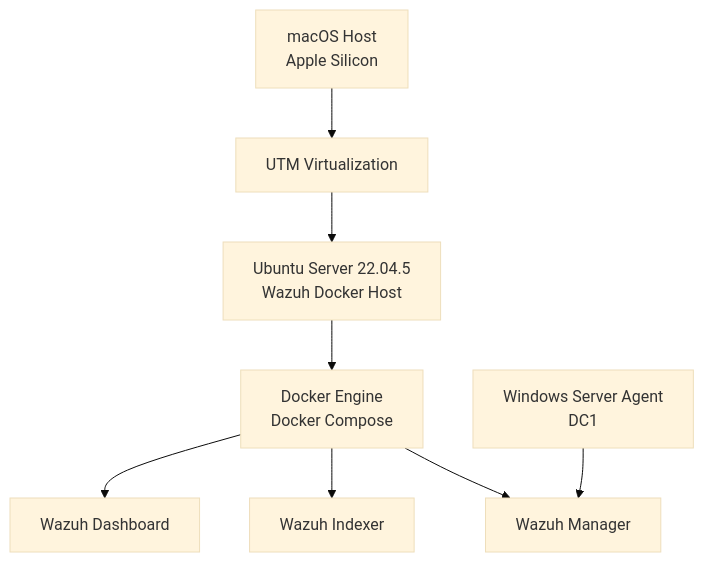
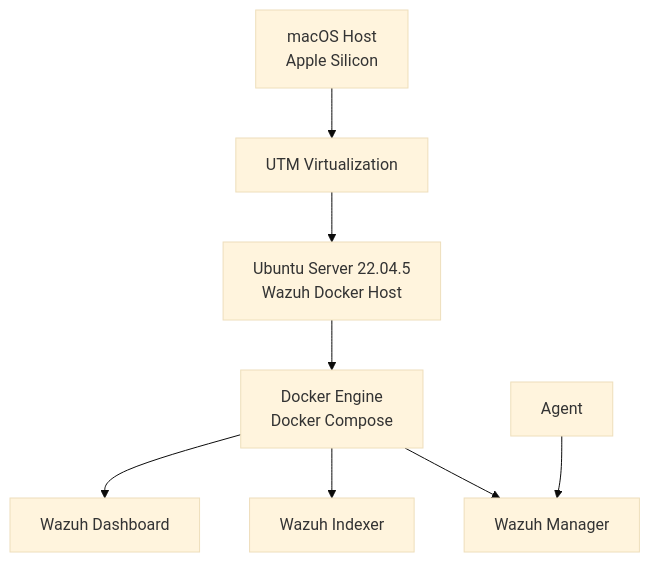
Before and after one commit to MiguelStattmiller/Wazuh-UTM-Deployment: the diagram in README.md, drawn with Mermaid (base theme).

````diff
--- a/README.md
+++ b/README.md
@@ -26,29 +26,28 @@
 ```mermaid
 flowchart TD
 
     Host["macOS Host<br/>Apple Silicon"]
 
     UTM["UTM Virtualization"]
 
     Ubuntu["Ubuntu Server 22.04.5<br/>Wazuh Docker Host"]
 
     Docker["Docker Engine<br/>Docker Compose"]
 
     Manager["Wazuh Manager"]
 
     Indexer["Wazuh Indexer"]
 
     Dashboard["Wazuh Dashboard"]
 
-    Agent["Windows Server Agent<br/>DC1"]
 
     Host --> UTM
     UTM --> Ubuntu
     Ubuntu --> Docker
 
     Docker --> Manager
     Docker --> Indexer
     Docker --> Dashboard
 
     Agent --> Manager
 ```
````
